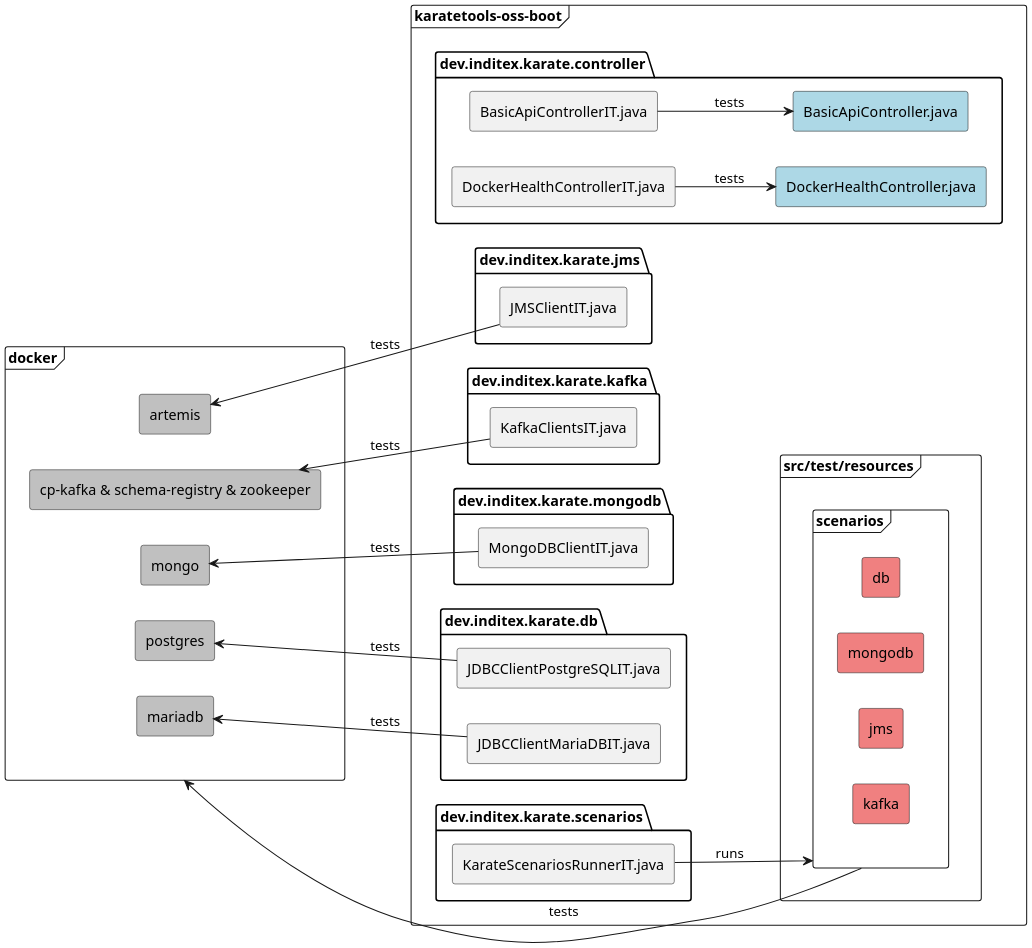
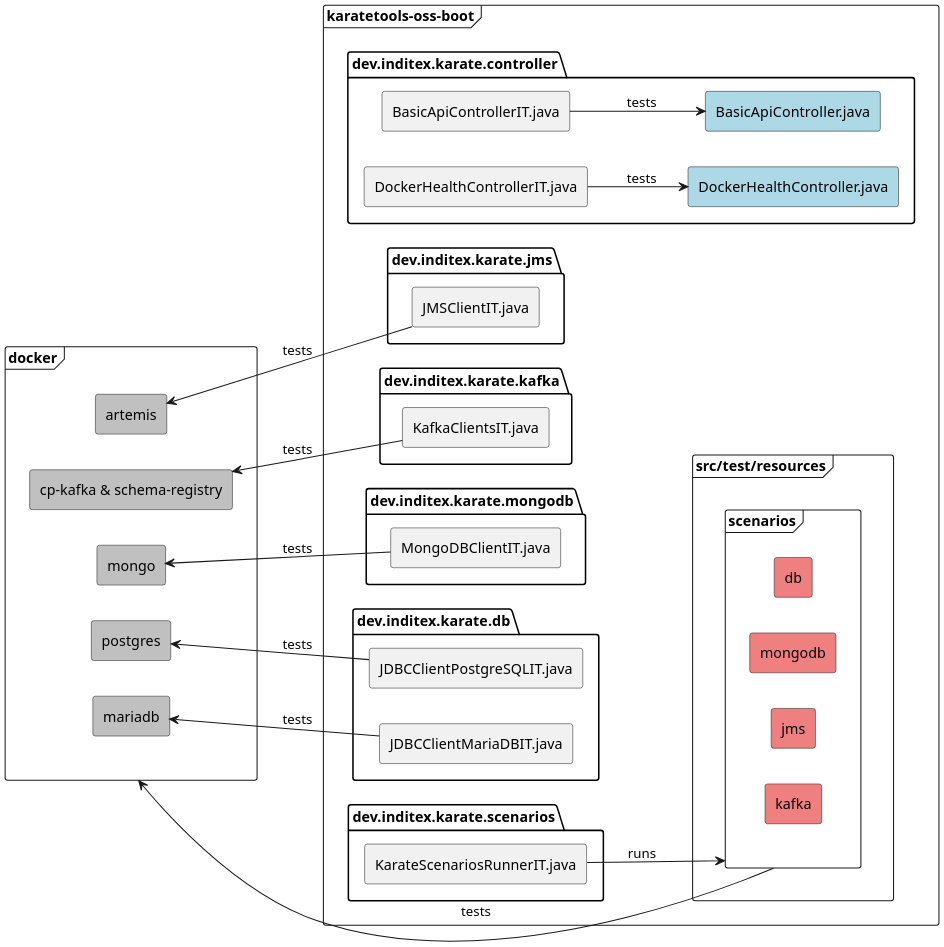
One commit to InditexTech/karatetools-oss changed the diagram in docs/src/modules/puml/partials/karatetools-oss-boot-integration-tests.puml. Above: the diagram before and after it, drawn with PlantUML. The commit also changed 46 other files, not shown here.

```diff
--- a/docs/src/modules/puml/partials/karatetools-oss-boot-integration-tests.puml
+++ b/docs/src/modules/puml/partials/karatetools-oss-boot-integration-tests.puml
@@ -1,66 +1,66 @@
 @startuml karatetools-oss-boot-integration-tests
 skinparam componentStyle rectangle
 left to right direction
 scale 2
 
 frame "karatetools-oss-boot" {
   package "dev.inditex.karate.controller" {
     [BasicApiControllerIT.java]
     [DockerHealthControllerIT.java]
 
     [BasicApiController.java] #LightBlue
     [DockerHealthController.java] #LightBlue
   }
   package "dev.inditex.karate.db" {
     [JDBCClientMariaDBIT.java]
     [JDBCClientPostgreSQLIT.java]
   }
   package "dev.inditex.karate.jms" {
     [JMSClientIT.java]
   }
   package "dev.inditex.karate.kafka" {
     [KafkaClientsIT.java]
   }
   package "dev.inditex.karate.mongodb" {
     [MongoDBClientIT.java]
   }
   package "dev.inditex.karate.scenarios" {
     [KarateScenariosRunnerIT.java]
   }
   frame "src/test/resources" {
     frame "scenarios" {
       [db] #LightCoral
       [mongodb] #LightCoral
       [jms] #LightCoral
       [kafka] #LightCoral
 
       [db] -[hidden]left- [mongodb]
       [mongodb] -[hidden]left- [jms]
       [jms] -[hidden]left- [kafka]
     }
   }
 
   ' Relationships
   [KarateScenariosRunnerIT.java] --> [scenarios] : runs
   [BasicApiControllerIT.java] --> [BasicApiController.java] : tests
   [DockerHealthControllerIT.java] --> [DockerHealthController.java] : tests
 }
 
 frame docker {
   [artemis] #Silver
-  [cp-kafka & schema-registry & zookeeper] #Silver
+  [cp-kafka & schema-registry] #Silver
   [mariadb] #Silver
   [mongo] #Silver
   [postgres] #Silver
 }
 
 ' Relationships
 
 [JDBCClientMariaDBIT.java] -up-> [mariadb] : tests
 [JDBCClientPostgreSQLIT.java] -up-> [postgres] : tests
 [MongoDBClientIT.java] -up-> [mongo] : tests
-[KafkaClientsIT.java] -up-> [cp-kafka & schema-registry & zookeeper] : tests
+[KafkaClientsIT.java] -up-> [cp-kafka & schema-registry] : tests
 [JMSClientIT.java] -up-> [artemis] : tests
 
 [scenarios] --> [docker] : tests
 @enduml
```
